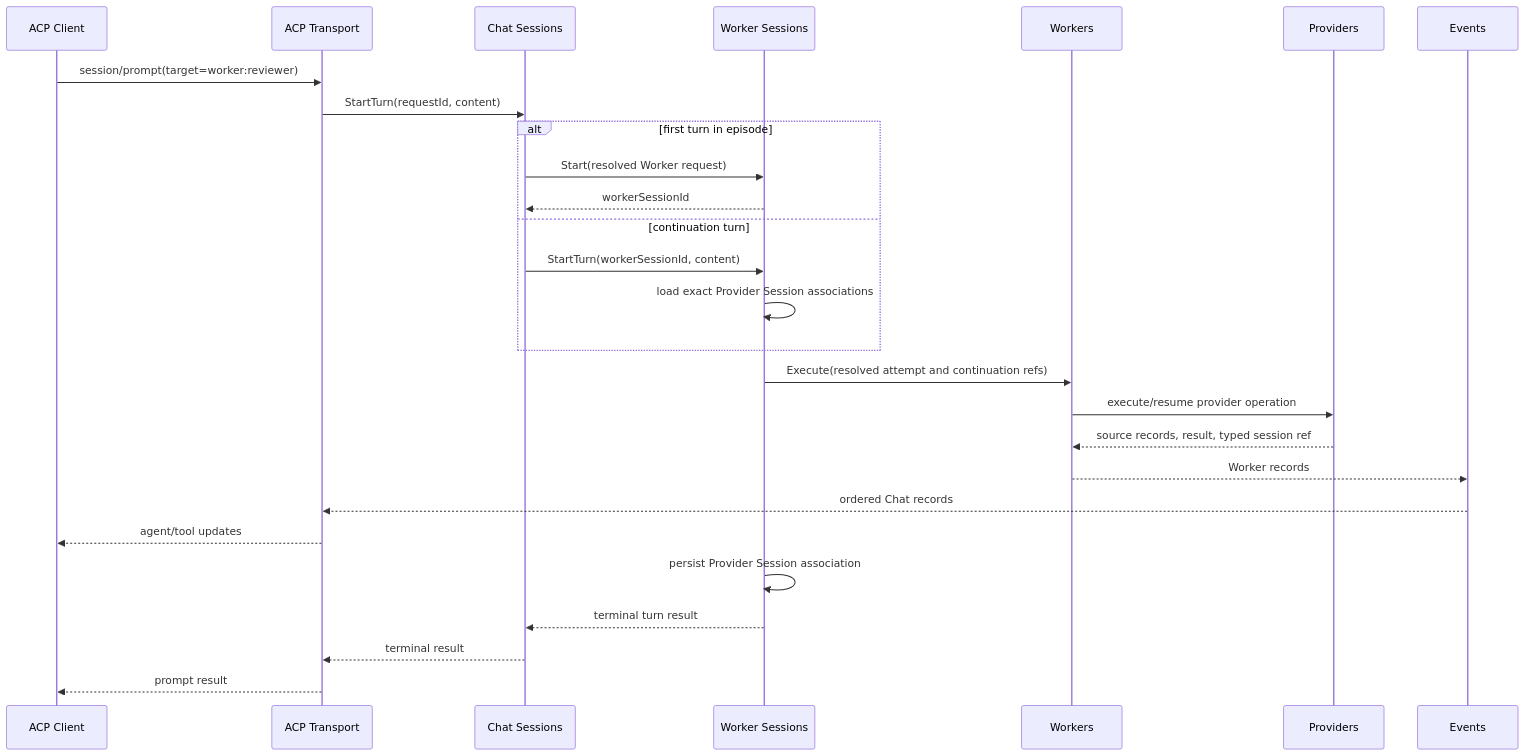
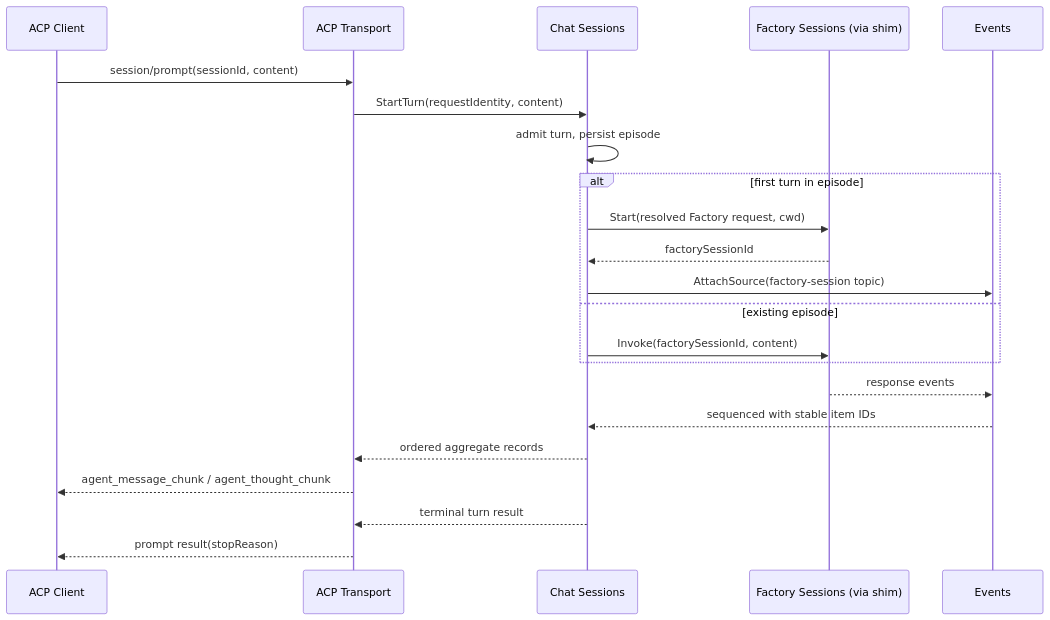
Before and after one commit to portpowered/you-agent-factory: the second of 4 diagrams in docs/internal/projects/acp-client/final-proposal.md, drawn with Mermaid. The commit also changed other lines of this file and 1 other file, not shown here.

````diff
--- a/docs/internal/projects/acp-client/final-proposal.md
+++ b/docs/internal/projects/acp-client/final-proposal.md
@@ -923,30 +501,25 @@
 ```mermaid
 sequenceDiagram
     participant C as ACP Client
     participant A as ACP Transport
     participant Chat as Chat Sessions
-    participant WS as Worker Sessions
-    participant W as Workers
-    participant P as Providers
+    participant FS as Factory Sessions (via shim)
     participant Ev as Events
 
-    C->>A: session/prompt(target=worker:reviewer)
-    A->>Chat: StartTurn(requestId, content)
+    C->>A: session/prompt(sessionId, content)
+    A->>Chat: StartTurn(requestIdentity, content)
+    Chat->>Chat: admit turn, persist episode
     alt first turn in episode
-        Chat->>WS: Start(resolved Worker request)
-        WS-->>Chat: workerSessionId
-    else continuation turn
-        Chat->>WS: StartTurn(workerSessionId, content)
-        WS->>WS: load exact Provider Session associations
+        Chat->>FS: Start(resolved Factory request, cwd)
+        FS-->>Chat: factorySessionId
+        Chat->>Ev: AttachSource(factory-session topic)
+    else existing episode
+        Chat->>FS: Invoke(factorySessionId, content)
     end
-    WS->>W: Execute(resolved attempt and continuation refs)
-    W->>P: execute/resume provider operation
-    P-->>W: source records, result, typed session ref
-    W-->>Ev: Worker records
-    Ev-->>A: ordered Chat records
-    A-->>C: agent/tool updates
-    WS->>WS: persist Provider Session association
-    WS-->>Chat: terminal turn result
-    Chat-->>A: terminal result
-    A-->>C: prompt result
+    FS-->>Ev: response events
+    Ev-->>Chat: sequenced with stable item IDs
+    Chat-->>A: ordered aggregate records
+    A-->>C: agent_message_chunk / agent_thought_chunk
+    Chat-->>A: terminal turn result
+    A-->>C: prompt result(stopReason)
 ```
````
